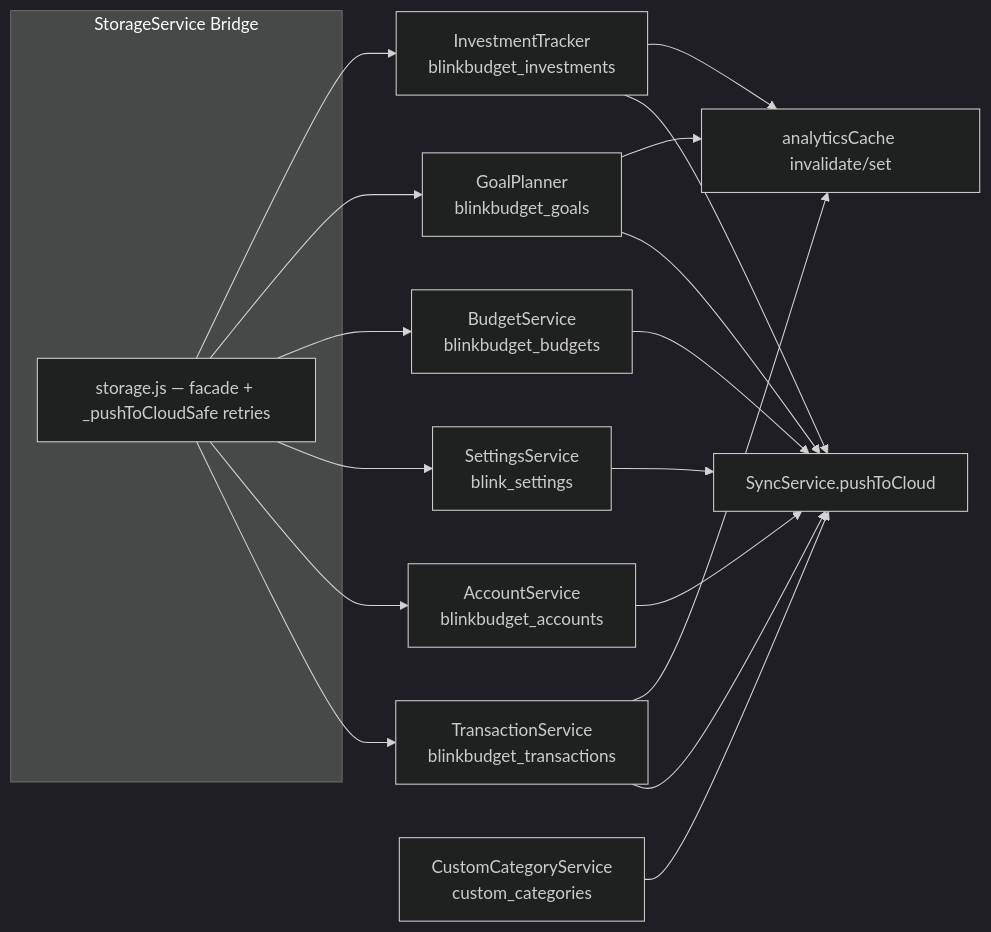
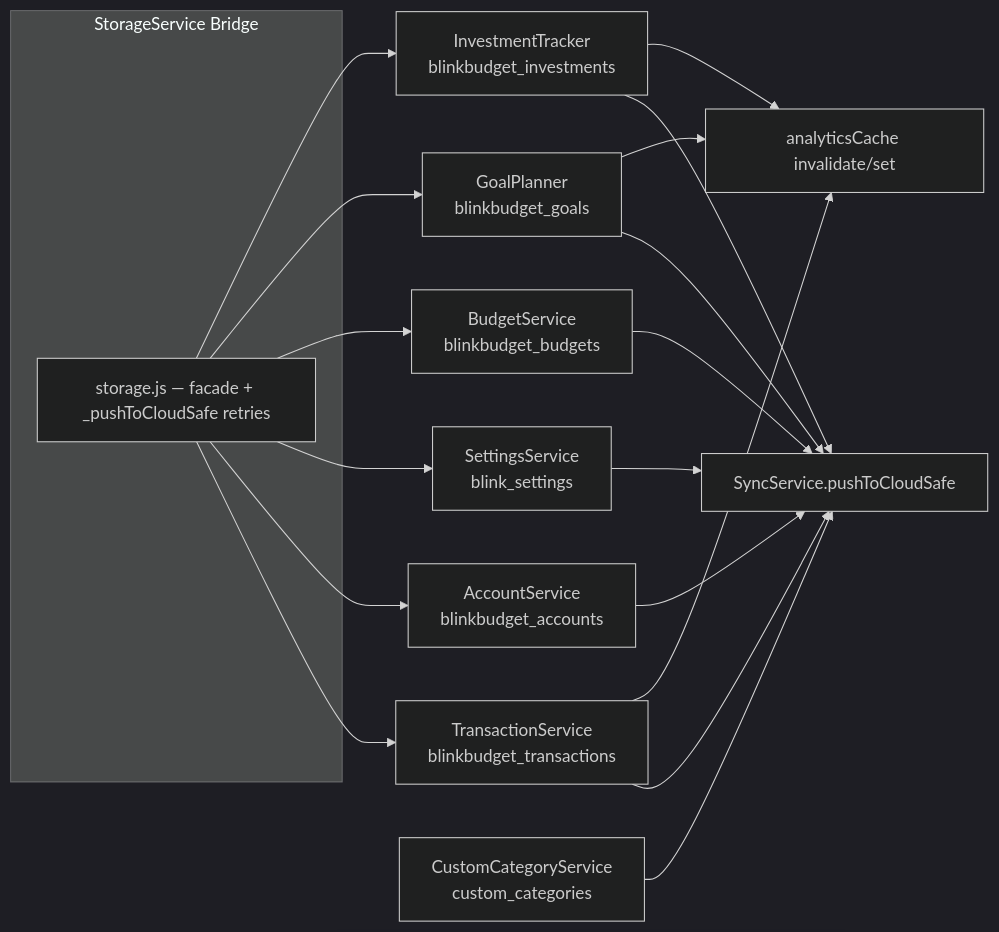
Before and after one commit to Krasen007/BlinkBudget: the diagram in lode/data/data-model.md, drawn with Mermaid (dark theme). The commit also changed other lines of this file and 23 other files, not shown here.

First line of the commit message:
- __All 4 domain services__ now call `pushToCloudSafe` (settings:33, transactions:330, accounts:179, custom-categories:869)

````diff
--- a/lode/data/data-model.md
+++ b/lode/data/data-model.md
@@ -48,20 +46,20 @@
 ```mermaid
 flowchart LR
     subgraph StorageService Bridge
         B[storage.js — facade + _pushToCloudSafe retries]
     end
     B --> TS[TransactionService<br/>blinkbudget_transactions]
     B --> AS[AccountService<br/>blinkbudget_accounts]
     B --> SS[SettingsService<br/>blink_settings]
     B --> BS[BudgetService<br/>blinkbudget_budgets]
     B --> GP[GoalPlanner<br/>blinkbudget_goals]
     B --> IT[InvestmentTracker<br/>blinkbudget_investments]
-    TS --> SYNC[SyncService.pushToCloud]
+    TS --> SYNC[SyncService.pushToCloudSafe]
     AS --> SYNC
     SS --> SYNC
     BS --> SYNC
     GP --> SYNC
     IT --> SYNC
     CC[CustomCategoryService<br/>custom_categories] --> SYNC
     TS & GP & IT --> CACHE[analyticsCache invalidate/set]
 ```
````
